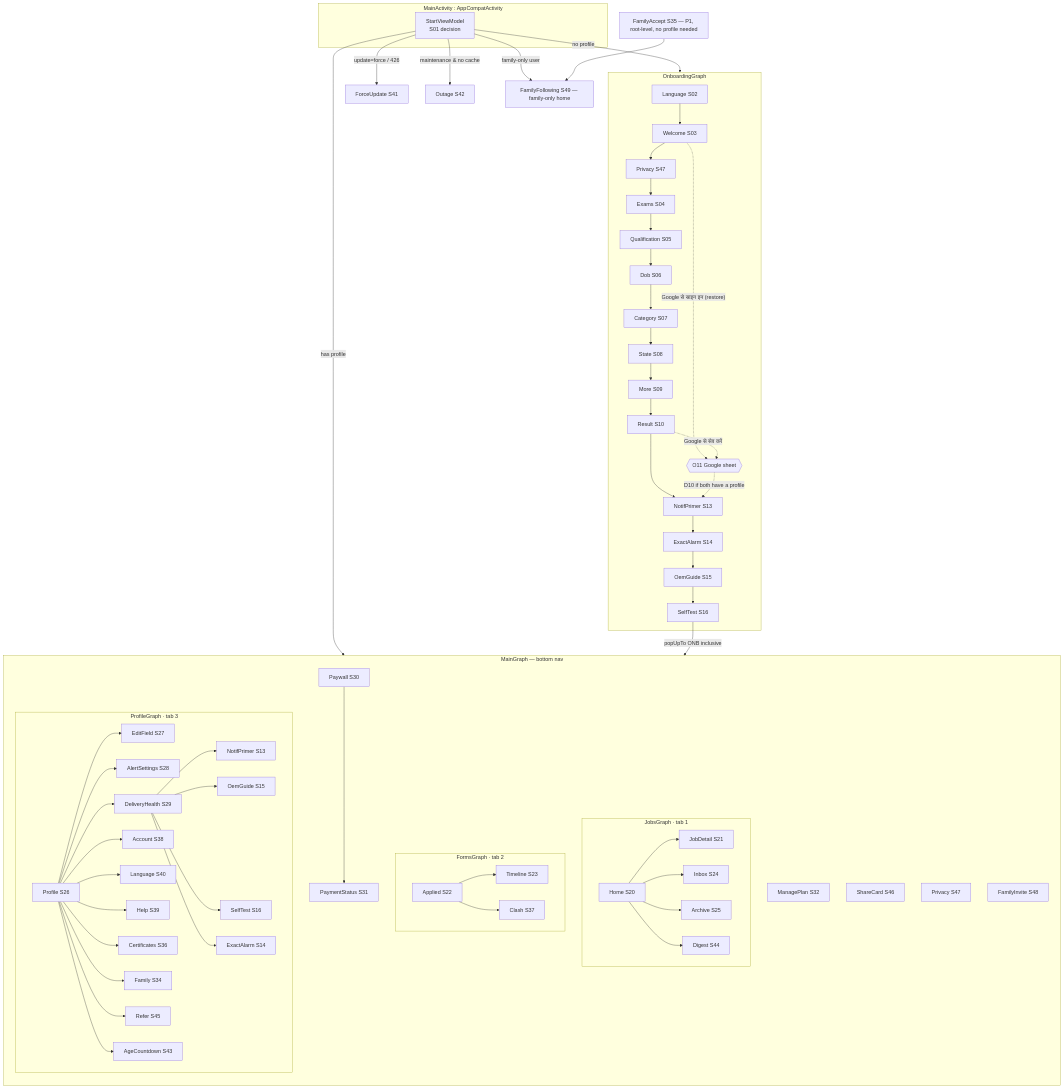
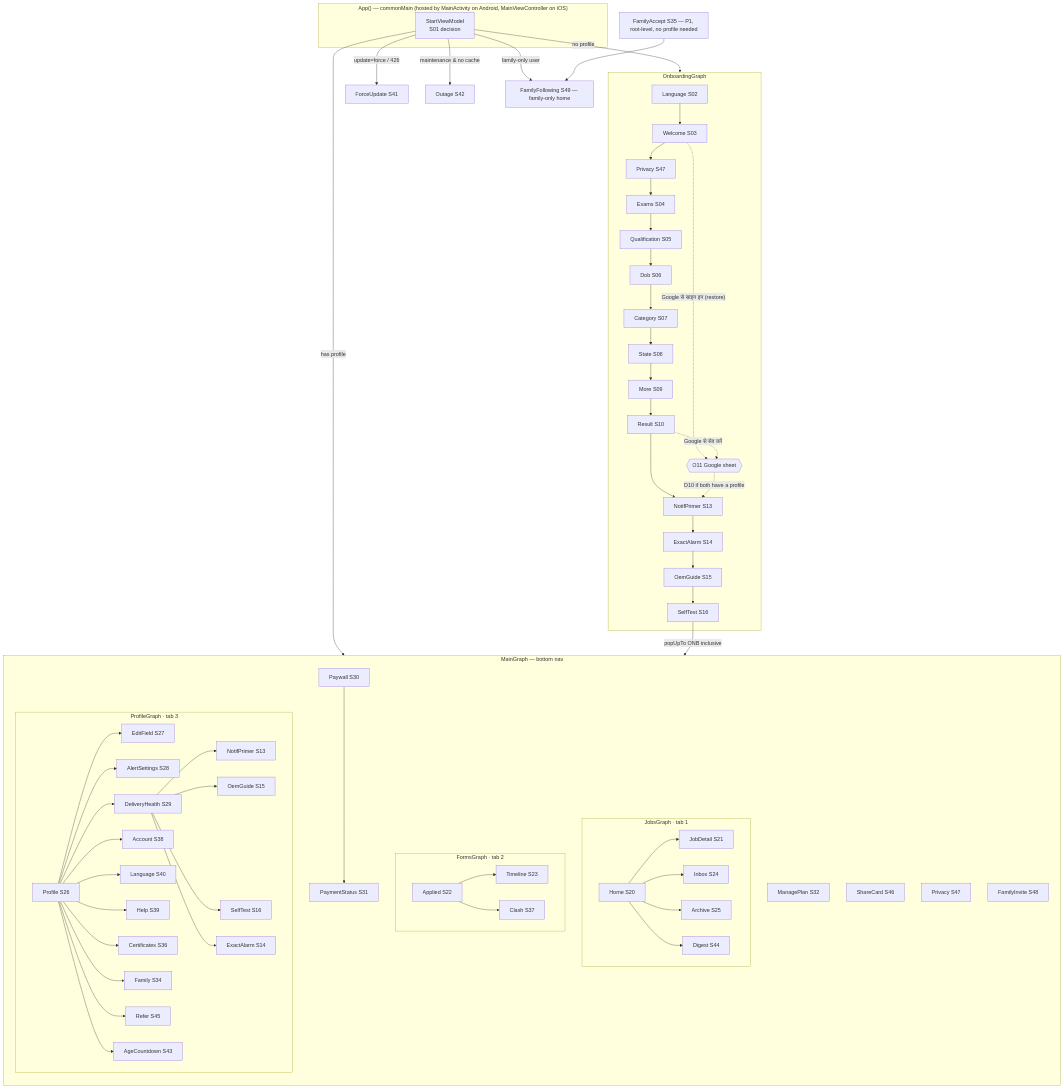
Before and after one commit to amanroy3901/job-vac: the diagram in docs/frontend/navigation.md, drawn with Mermaid. The commit also changed other lines of this file and 237 other files, not shown here.

````diff
--- a/docs/frontend/navigation.md
+++ b/docs/frontend/navigation.md
@@ -19,43 +27,43 @@
 ```mermaid
 flowchart TB
-  subgraph Activity[MainActivity : AppCompatActivity]
+  subgraph Root["App() — commonMain (hosted by MainActivity on Android, MainViewController on iOS)"]
     SVM[StartViewModel<br/>S01 decision]
   end
   SVM -->|update=force / 426| FU[ForceUpdate S41]
   SVM -->|maintenance & no cache| OUT[Outage S42]
   SVM -->|no profile| ONB
   SVM -->|has profile| MAIN
   SVM -->|family-only user| FOL
 
   subgraph ONB[OnboardingGraph]
     L[Language S02] --> W[Welcome S03] --> PRV[Privacy S47] --> E[Exams S04] --> Q[Qualification S05] --> DOB[Dob S06] --> C[Category S07] --> ST[State S08] --> M[More S09] --> R[Result S10]
     W -. "Google से साइन इन (restore)" .-> GS{{O11 Google sheet}}
     R --> NP[NotifPrimer S13] --> EXA[ExactAlarm S14] --> OEM[OemGuide S15] --> T[SelfTest S16]
     R -. "Google से सेव करें" .-> GS
     GS -. "D10 if both have a profile" .-> NP
   end
   T -->|popUpTo ONB inclusive| MAIN
 
   subgraph MAIN[MainGraph — bottom nav]
     direction TB
     subgraph JOBS[JobsGraph · tab 1]
       H[Home S20] --> JD[JobDetail S21]
       H --> IN[Inbox S24] & AR[Archive S25] & DG[Digest S44]
     end
     subgraph FORMS[FormsGraph · tab 2]
       AP[Applied S22] --> TL[Timeline S23]
       AP --> CL[Clash S37]
     end
     subgraph PROF[ProfileGraph · tab 3]
       P[Profile S26] --> PE[EditField S27] & AS[AlertSettings S28] & DH[DeliveryHealth S29] & ACC[Account S38] & LANG[Language S40] & HELP[Help S39]
       P --> CERT[Certificates S36] & FAM[Family S34] & REF[Refer S45] & AGE[AgeCountdown S43]
       DH --> NP2[NotifPrimer S13] & OEM2[OemGuide S15] & T2[SelfTest S16] & EA[ExactAlarm S14]
     end
     PW[Paywall S30] --> PS[PaymentStatus S31]
     MP[ManagePlan S32]
     SC[ShareCard S46]
     PRV2[Privacy S47]
     FINV[FamilyInvite S48]
   end
   FI[FamilyAccept S35 — P1, root-level, no profile needed] --> FOL[FamilyFollowing S49 — family-only home]
 ```
````
